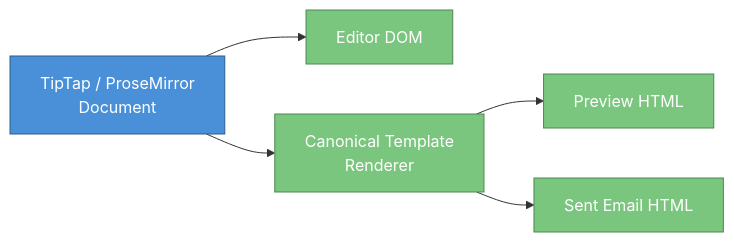
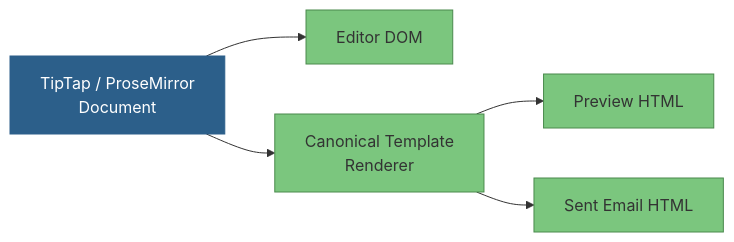
One commit to nathanjohnpayne/nathanpaynedotcom changed the fourth of 5 diagrams in src/content/blog/six-prs-one-bug-agent-failure-modes.md. Above: the diagram before and after it, drawn with Mermaid. The commit also changed other lines of this file and 15 other files, not shown here.

Commit message:
fix(mermaid): enforce accessible label contrast (#748) (#750)

````diff
--- a/src/content/blog/six-prs-one-bug-agent-failure-modes.md
+++ b/src/content/blog/six-prs-one-bug-agent-failure-modes.md
@@ -371,13 +371,13 @@
 ```mermaid title="One canonical renderer for preview and email" description="The ProseMirror document still renders the editor DOM directly, while one canonical template renderer now produces both preview HTML and sent-email HTML from the same source."
 graph LR
     A["TipTap / ProseMirror<br/>Document"] --> B["Editor DOM"]
     A --> C["Canonical Template<br/>Renderer"]
     C --> D["Preview HTML"]
     C --> E["Sent Email HTML"]
 
-    style A fill:#4a90d9,stroke:#2c5f8a,color:#fff
-    style B fill:#7bc67e,stroke:#4a8a4d,color:#fff
-    style C fill:#7bc67e,stroke:#4a8a4d,color:#fff
-    style D fill:#7bc67e,stroke:#4a8a4d,color:#fff
-    style E fill:#7bc67e,stroke:#4a8a4d,color:#fff
+    style A fill:#2c5f8a,stroke:#2c5f8a,color:#fff
+    style B fill:#7bc67e,stroke:#4a8a4d,color:#333
+    style C fill:#7bc67e,stroke:#4a8a4d,color:#333
+    style D fill:#7bc67e,stroke:#4a8a4d,color:#333
+    style E fill:#7bc67e,stroke:#4a8a4d,color:#333
 ```
````
